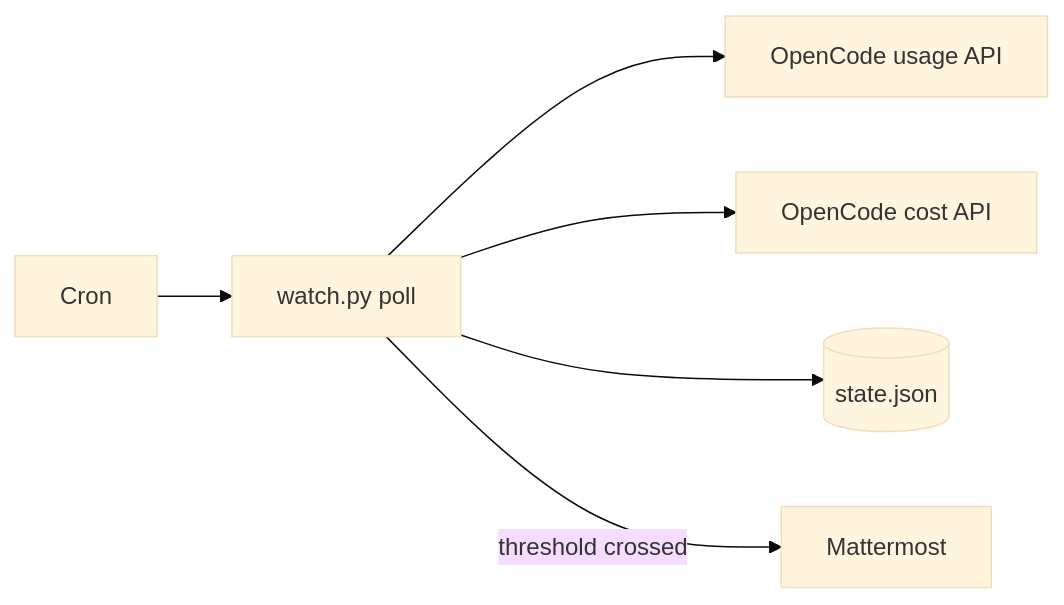
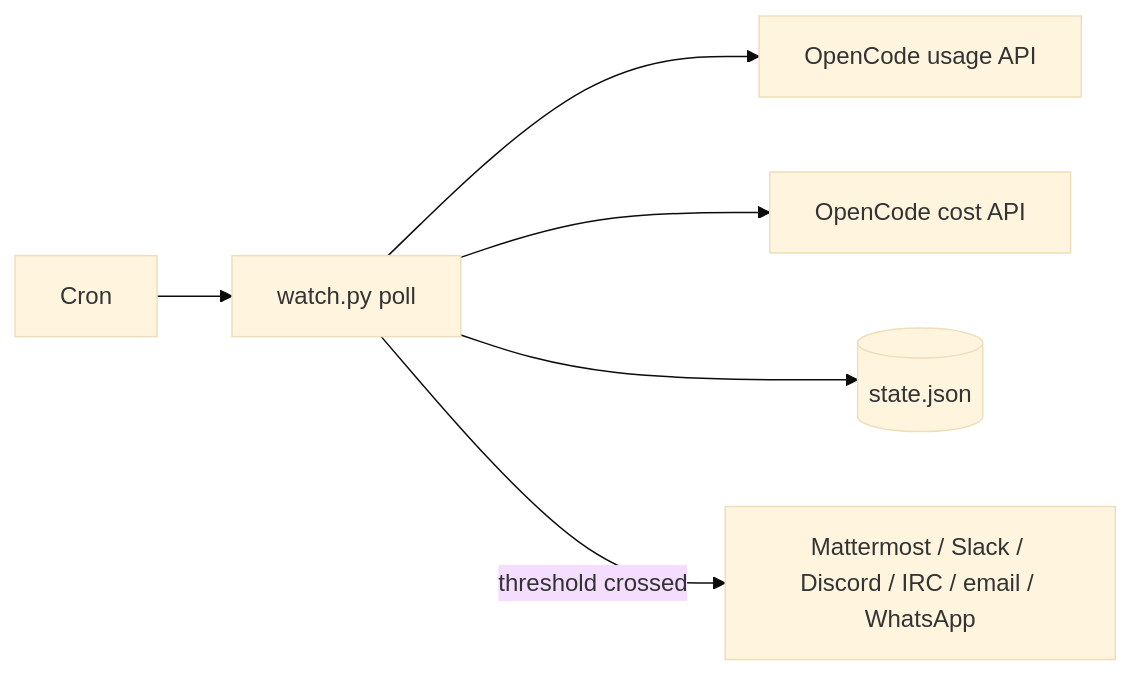
Before and after one commit to cusae/opencode-spend-watch: the diagram in README.md, drawn with Mermaid (base theme). The commit also changed other lines of this file and 18 other files, not shown here.

First line of the commit message:
Add Slack, Discord, IRC, email, and WhatsApp channels

````diff
--- a/README.md
+++ b/README.md
@@ -66,8 +71,8 @@
 ```mermaid
 flowchart LR
     Cron --> Watch[watch.py poll]
     Watch --> Usage[OpenCode usage API]
     Watch --> Costs[OpenCode cost API]
     Watch --> State[(state.json)]
-    Watch -->|threshold crossed| Mattermost
+    Watch -->|threshold crossed| Channels[Mattermost / Slack / Discord / IRC / email / WhatsApp]
 ```
````
